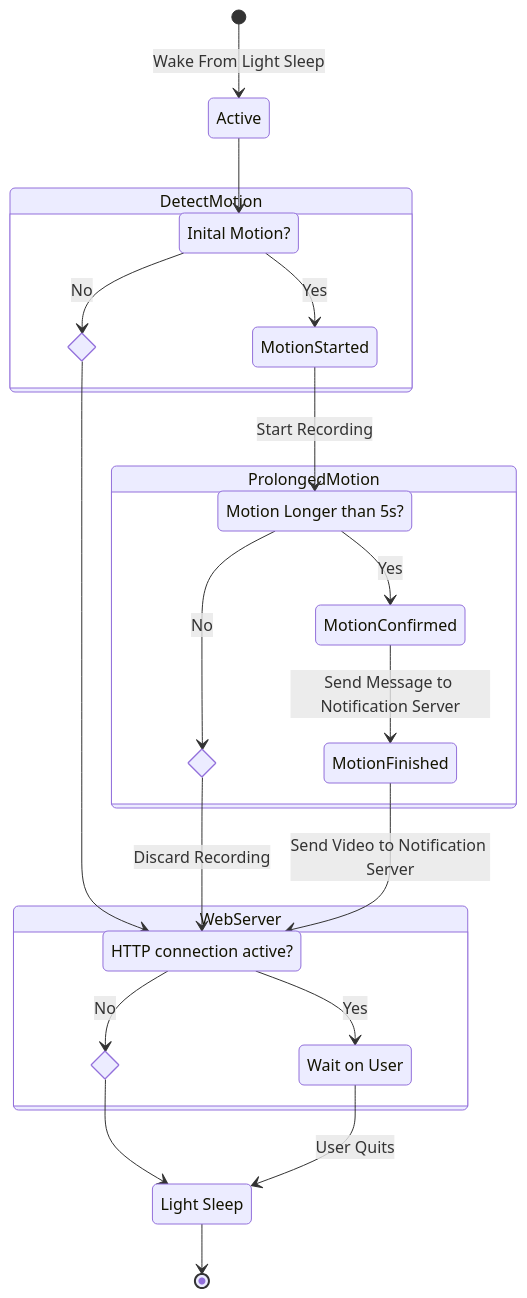
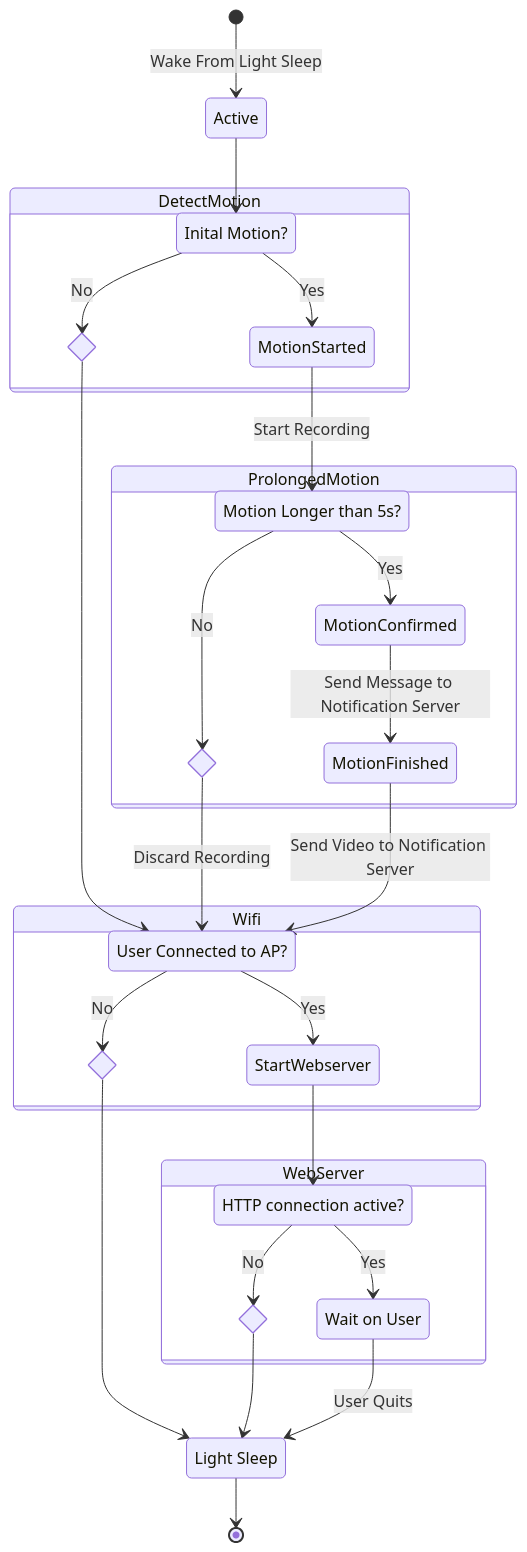
The diagram in README.org (mtekman/doorbell-camera), drawn with Mermaid before and after one commit. The commit also changed 1 other file, not shown here.

Commit message:
handle WiFi and WebServer events seperately

```diff
--- a/README.org
+++ b/README.org
@@ -194,34 +194,42 @@
 #+begin_src mermaid :results file  :file images/flowdiag.jpg
   stateDiagram-v2
       direction TB
       [*] --> Active : Wake From Light Sleep
       Active --> motiondetected
-      state DetectMotion {
-          state noIM <<choice>>
-          state "Inital Motion?" as motiondetected
-          motiondetected --> MotionStarted : Yes
-          motiondetected -->  noIM : No
-          MotionStarted --> goodmotion: Start Recording
-          noIM --> webactive
-      }
-      state ProlongedMotion {
-          state noPM <<choice>>
-          state "Motion Longer than 5s?" as goodmotion
-          goodmotion --> MotionConfirmed: Yes
-          goodmotion --> noPM: No
-          noPM --> webactive: Discard Recording
-          MotionConfirmed --> MotionFinished : Send Message to Notification Server
-          MotionFinished --> webactive : Send Video to Notification Server
-      }
-      state WebServer {
-          state noWS <<choice>>
-          state "HTTP connection active?" as webactive
-          state "Wait on User" as ActiveUser
-          webactive -->  ActiveUser : Yes
-          webactive --> noWS : No
-      }
+          state DetectMotion {
+              state noIM <<choice>>
+              state "Inital Motion?" as motiondetected
+              motiondetected --> MotionStarted : Yes
+              motiondetected -->  noIM : No
+              MotionStarted --> goodmotion: Start Recording
+              noIM --> userconn
+          }
+          state ProlongedMotion {
+              state noPM <<choice>>
+              state "Motion Longer than 5s?" as goodmotion
+              goodmotion --> MotionConfirmed: Yes
+              goodmotion --> noPM: No
+              noPM --> userconn: Discard Recording
+              MotionConfirmed --> MotionFinished : Send Message to Notification Server
+              MotionFinished --> userconn : Send Video to Notification Server
+          }
+          state Wifi {
+              state noWF <<choice>>
+              state "User Connected to AP?" as userconn
+              userconn --> StartWebserver : Yes
+              userconn --> noWF: No
+          }
+          StartWebserver --> webactive
+          state WebServer {
+              state noWS <<choice>>
+              state "HTTP connection active?" as webactive
+              state "Wait on User" as ActiveUser
+              webactive -->  ActiveUser : Yes
+              webactive --> noWS : No
+          }
+      noWF --> LightSleep2
       state "Light Sleep" as LightSleep2
       noWS --> LightSleep2: 
       ActiveUser --> LightSleep2: User Quits
       LightSleep2 --> [*]
 #+end_src
```
